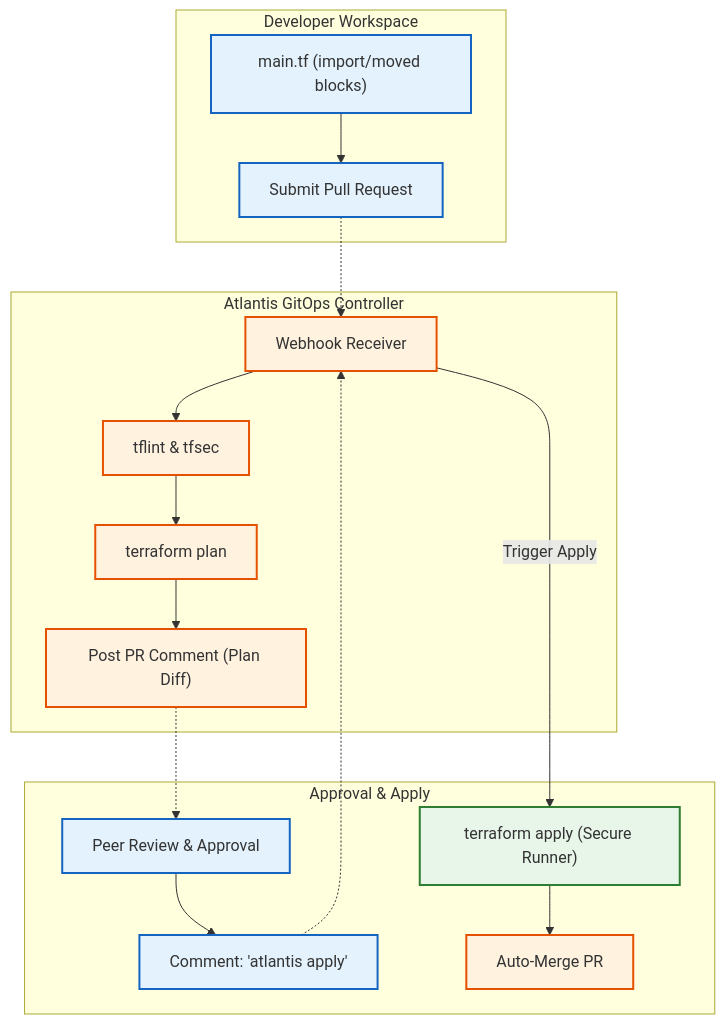
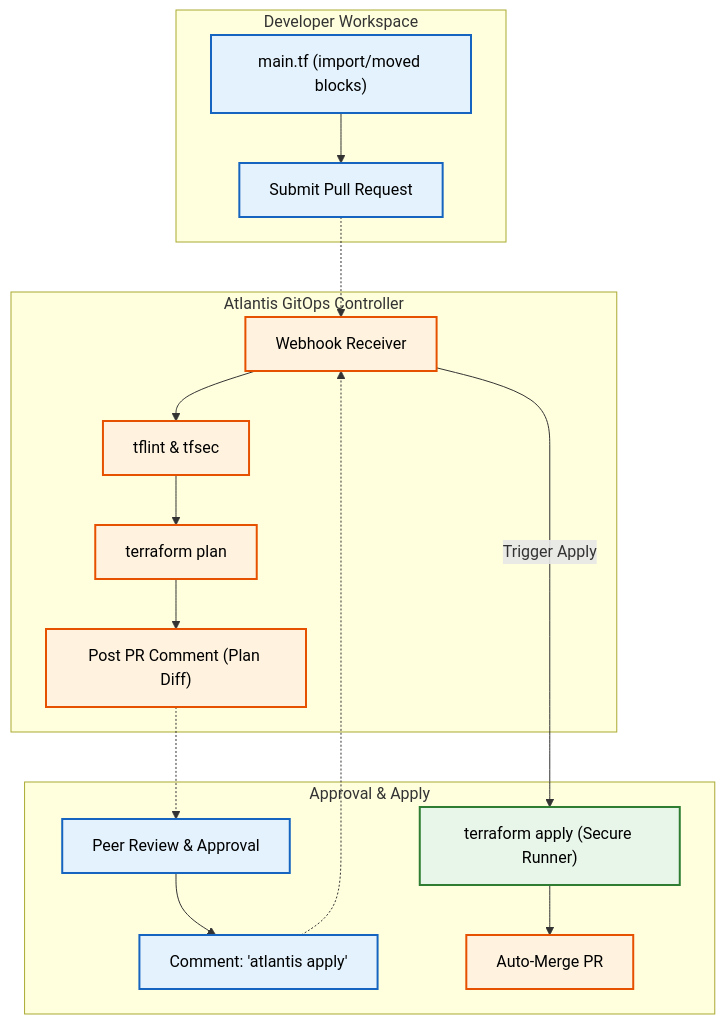
One commit to aloysiuspattath/platform-engineering-ai-course changed the diagram in courses/platform-engineering/modules/module-08/lesson-04.md. Above: the diagram before and after it, drawn with Mermaid. The commit also changed 53 other files, not shown here.

Commit message:
fix: enforce high-contrast black text on mermaid diagram fills for dark mode readability

````diff
--- a/courses/platform-engineering/modules/module-08/lesson-04.md
+++ b/courses/platform-engineering/modules/module-08/lesson-04.md
@@ -120,41 +120,41 @@
 ```mermaid
 flowchart TD
-    classDef dev fill:#e3f2fd,stroke:#1565c0,stroke-width:2px;
-    classDef gitops fill:#fff3e0,stroke:#e65100,stroke-width:2px;
-    classDef engine fill:#e8f5e9,stroke:#2e7d32,stroke-width:2px;
+    classDef dev fill:#e3f2fd,stroke:#1565c0,stroke-width:2px,color:#000000;
+    classDef gitops fill:#fff3e0,stroke:#e65100,stroke-width:2px,color:#000000;
+    classDef engine fill:#e8f5e9,stroke:#2e7d32,stroke-width:2px,color:#000000;
 
     subgraph DevWorkspace [Developer Workspace]
         HCL["main.tf (import/moved blocks)"]
         PR["Submit Pull Request"]
         HCL --> PR
     end
 
     subgraph GitOpsEngine [Atlantis GitOps Controller]
         HOOK["Webhook Receiver"]
         LINT["tflint & tfsec"]
         PLAN["terraform plan"]
         COMMENT["Post PR Comment (Plan Diff)"]
         
         PR -.-> HOOK
         HOOK --> LINT
         LINT --> PLAN
         PLAN --> COMMENT
     end
 
     subgraph ExecutionPhase [Approval & Apply]
         APPROVE["Peer Review & Approval"]
         APPLY_CMD["Comment: 'atlantis apply'"]
         APPLY_EXEC["terraform apply (Secure Runner)"]
         MERGE["Auto-Merge PR"]
         
         COMMENT -.-> APPROVE
         APPROVE --> APPLY_CMD
         APPLY_CMD -.-> HOOK
         HOOK -->|Trigger Apply| APPLY_EXEC
         APPLY_EXEC --> MERGE
     end
 
     class HCL,PR,APPROVE,APPLY_CMD dev;
     class HOOK,LINT,PLAN,COMMENT,MERGE gitops;
     class APPLY_EXEC engine;
 ```
````
